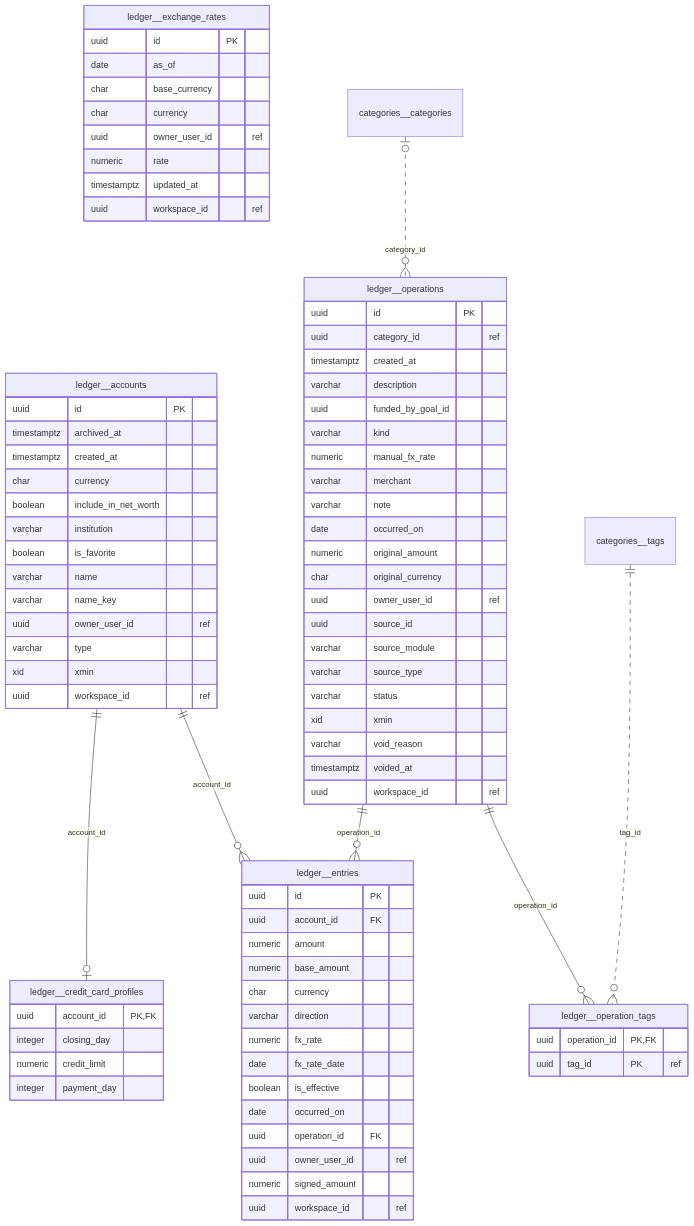
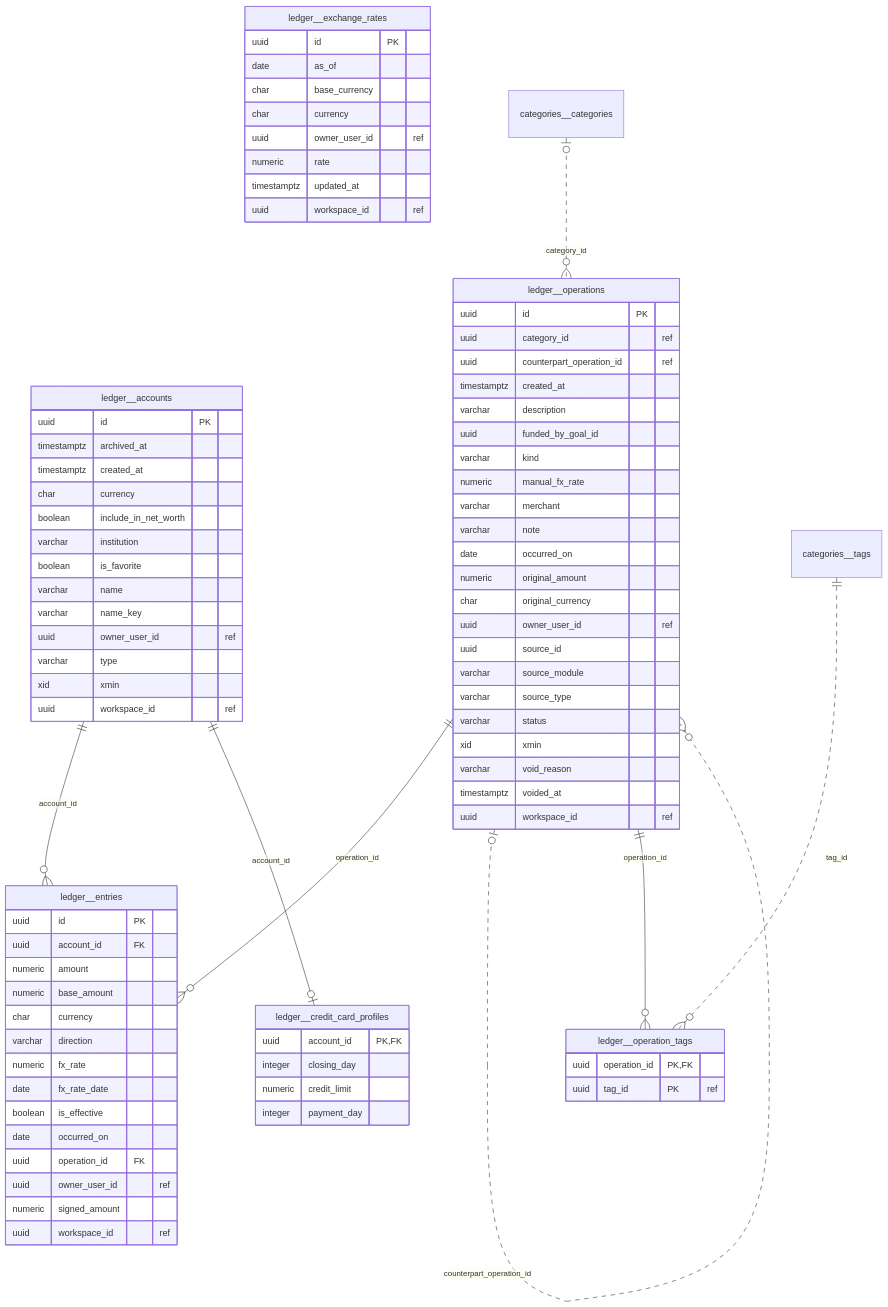
One commit to TorresMBA/finanzas-hub-api changed the fifth of 13 diagrams in docs/backend/database.md. Above: the diagram before and after it, drawn with Mermaid. The commit also changed other lines of this file and 97 other files, not shown here.

```diff
--- a/docs/backend/database.md
+++ b/docs/backend/database.md
@@ -617,6 +622,7 @@
     ledger__operations {
         uuid id PK
         uuid category_id "ref"
+        uuid counterpart_operation_id "ref"
         timestamptz created_at
         varchar description
         uuid funded_by_goal_id
@@ -650,6 +656,7 @@
     ledger__accounts ||--o{ ledger__entries : "account_id"
     ledger__operations ||--o{ ledger__entries : "operation_id"
     categories__categories |o..o{ ledger__operations : "category_id"
+    ledger__operations |o..o{ ledger__operations : "counterpart_operation_id"
     ledger__accounts ||--o| ledger__credit_card_profiles : "account_id"
     ledger__operations ||--o{ ledger__operation_tags : "operation_id"
     categories__tags ||..o{ ledger__operation_tags : "tag_id"
```
